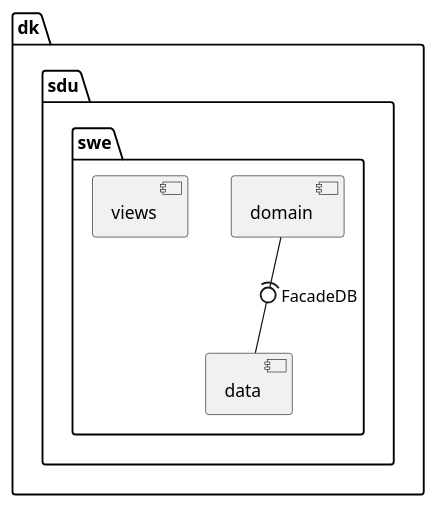
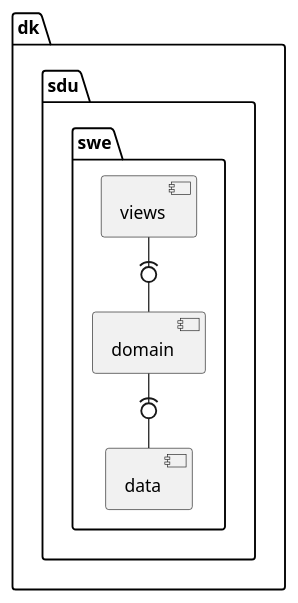
One commit to amatzen/SE02-SE-G02-SPRO changed the diagram in uml/class_diagrams/component_diagrams/component_diagram.puml. Above: the diagram before and after it, drawn with PlantUML. The commit also changed 2 other files, not shown here.

Commit message:
PlantUML diagrams

```diff
--- a/uml/class_diagrams/component_diagrams/component_diagram.puml
+++ b/uml/class_diagrams/component_diagrams/component_diagram.puml
@@ -1,18 +1,19 @@
 @startuml
 'https://plantuml.com/component-diagram
 package "dk.sdu.swe" {
 component "domain" as domain {
 
 }
 
 component "data" as data {
 }
 
 component "views" as views {
 }
 
-domain -(0- data : FacadeDB
+domain -(0- data
+views -(0- domain
 
 }
 
 @enduml
```
